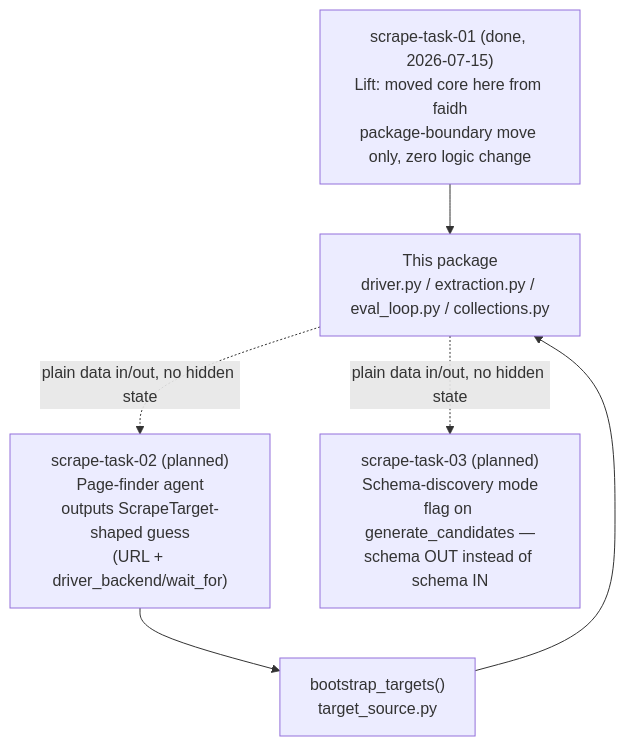
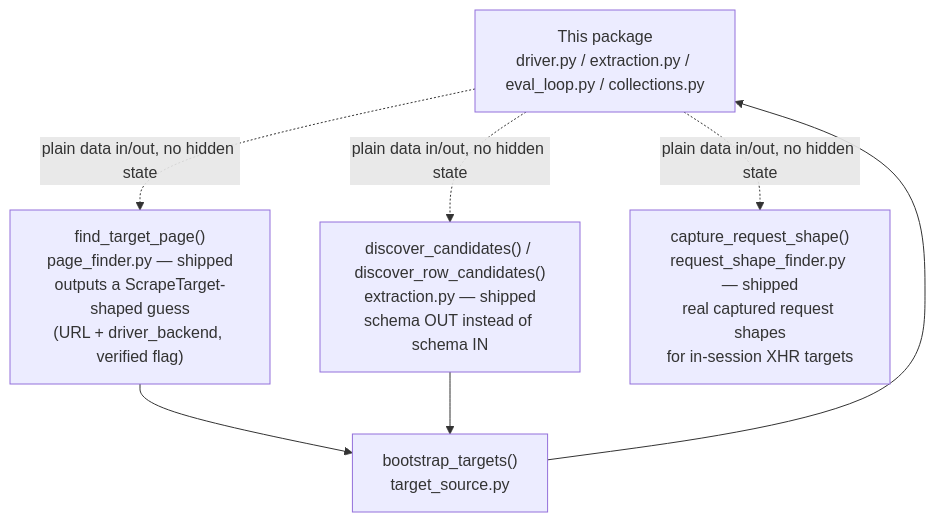
Before and after one commit to pacepace/3tears: the third of 3 diagrams in packages/scrape/README.md, drawn with Mermaid. The commit also changed other lines of this file, not shown here.

First line of the commit message:
docs(scrape): bring README back in line with what the package actually ships

````diff
--- a/packages/scrape/README.md
+++ b/packages/scrape/README.md
@@ -138,12 +148,13 @@
 ```mermaid
 flowchart TD
     Core["This package<br/>driver.py / extraction.py / eval_loop.py / collections.py"]
-    T01["scrape-task-01 (done, 2026-07-15)<br/>Lift: moved core here from faidh<br/>package-boundary move only, zero logic change"]
-    T02["scrape-task-02 (planned)<br/>Page-finder agent<br/>outputs ScrapeTarget-shaped guess<br/>(URL + driver_backend/wait_for)"]
-    T03["scrape-task-03 (planned)<br/>Schema-discovery mode<br/>flag on generate_candidates —<br/>schema OUT instead of schema IN"]
-    T01 --> Core
+    T02["find_target_page()<br/>page_finder.py — shipped<br/>outputs a ScrapeTarget-shaped guess<br/>(URL + driver_backend, verified flag)"]
+    T03["discover_candidates() / discover_row_candidates()<br/>extraction.py — shipped<br/>schema OUT instead of schema IN"]
+    T04["capture_request_shape()<br/>request_shape_finder.py — shipped<br/>real captured request shapes<br/>for in-session XHR targets"]
     Core -.plain data in/out, no hidden state.-> T02
     Core -.plain data in/out, no hidden state.-> T03
+    Core -.plain data in/out, no hidden state.-> T04
     T02 --> BT["bootstrap_targets()<br/>target_source.py"]
+    T03 --> BT
     BT --> Core
 ```
````
